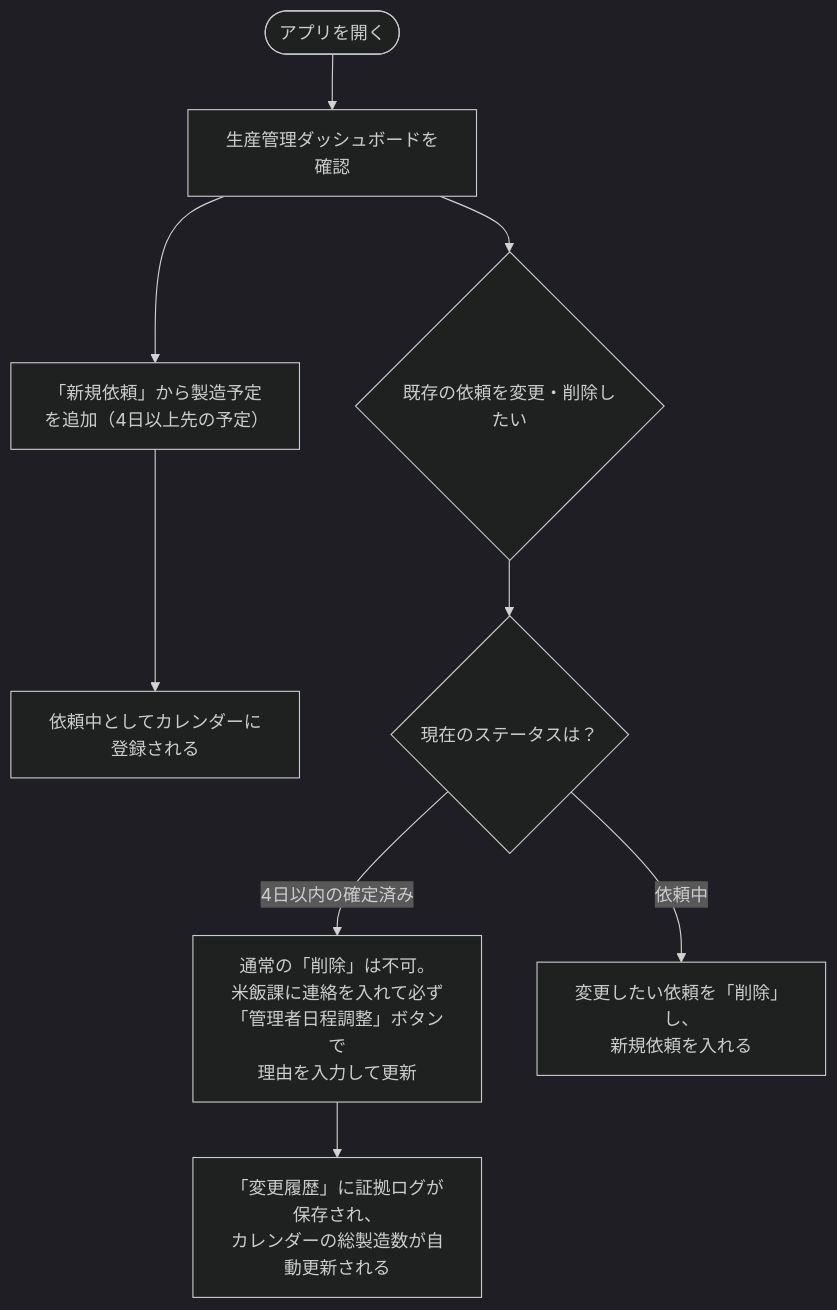
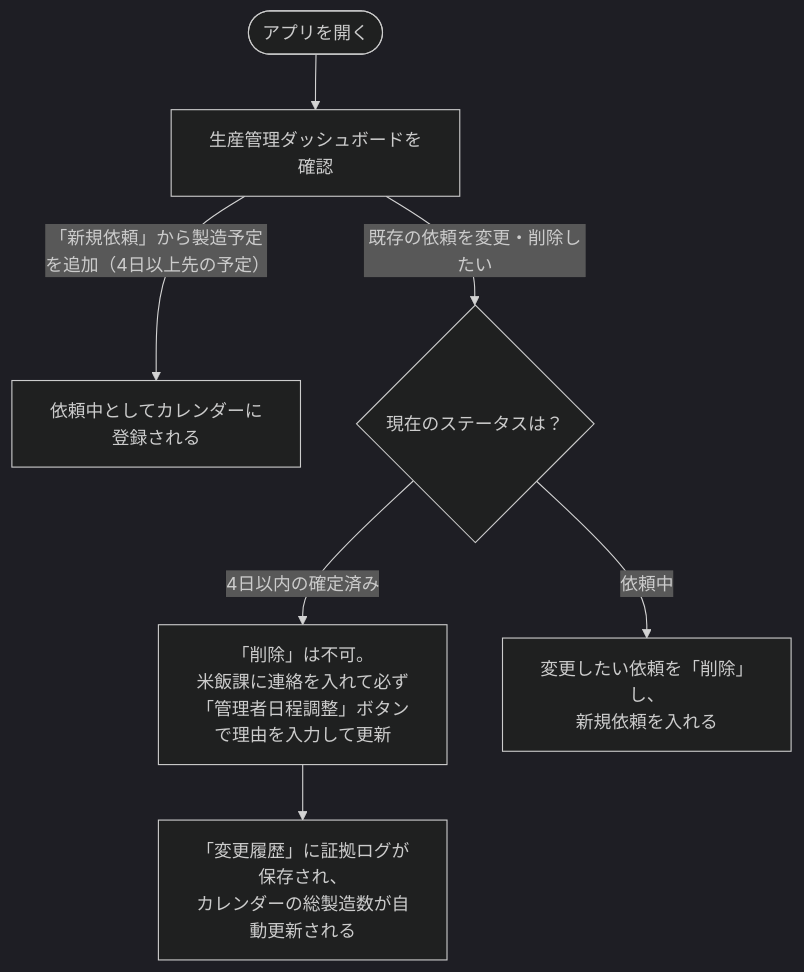
One commit to mihiro10/beihanka_irai_docs changed the third of 4 diagrams in appsheet_architecture/01_system_architecture.md. Above: the diagram before and after it, drawn with Mermaid (dark theme).

Commit message:
docs: move prod mgmt branch labels to edge text for cleaner flow

````diff
--- a/appsheet_architecture/01_system_architecture.md
+++ b/appsheet_architecture/01_system_architecture.md
@@ -72,11 +72,9 @@
 ```mermaid
 flowchart TB
     Start(["アプリを開く"]) --> Dash["生産管理ダッシュボードを確認"]
-    Dash --> Create["「新規依頼」から製造予定を追加（4日以上先の予定）"]
-    Dash --> Modify{"既存の依頼を変更・削除したい"}
-    Create --> Draft["依頼中としてカレンダーに登録される"]
-    Modify --> CheckStatus{"現在のステータスは？"}
-    CheckStatus -- 4日以内の確定済み --> Admin["通常の「削除」は不可。<br>米飯課に連絡を入れて必ず<br>「管理者日程調整」ボタンで<br>理由を入力して更新"]
+    Dash -- 「新規依頼」から製造予定を追加（4日以上先の予定） --> Draft["依頼中としてカレンダーに登録される"]
+    Dash -- 既存の依頼を変更・削除したい --> CheckStatus{"現在のステータスは？"}
+    CheckStatus -- 4日以内の確定済み --> Admin["「削除」は不可。<br>米飯課に連絡を入れて必ず<br>「管理者日程調整」ボタンで理由を入力して更新"]
     CheckStatus -- 依頼中 --> Free["変更したい依頼を「削除」し、<br>新規依頼を入れる"]
     Admin --> Log["「変更履歴」に証拠ログが保存され、<br>カレンダーの総製造数が自動更新される"]
 ```
````
